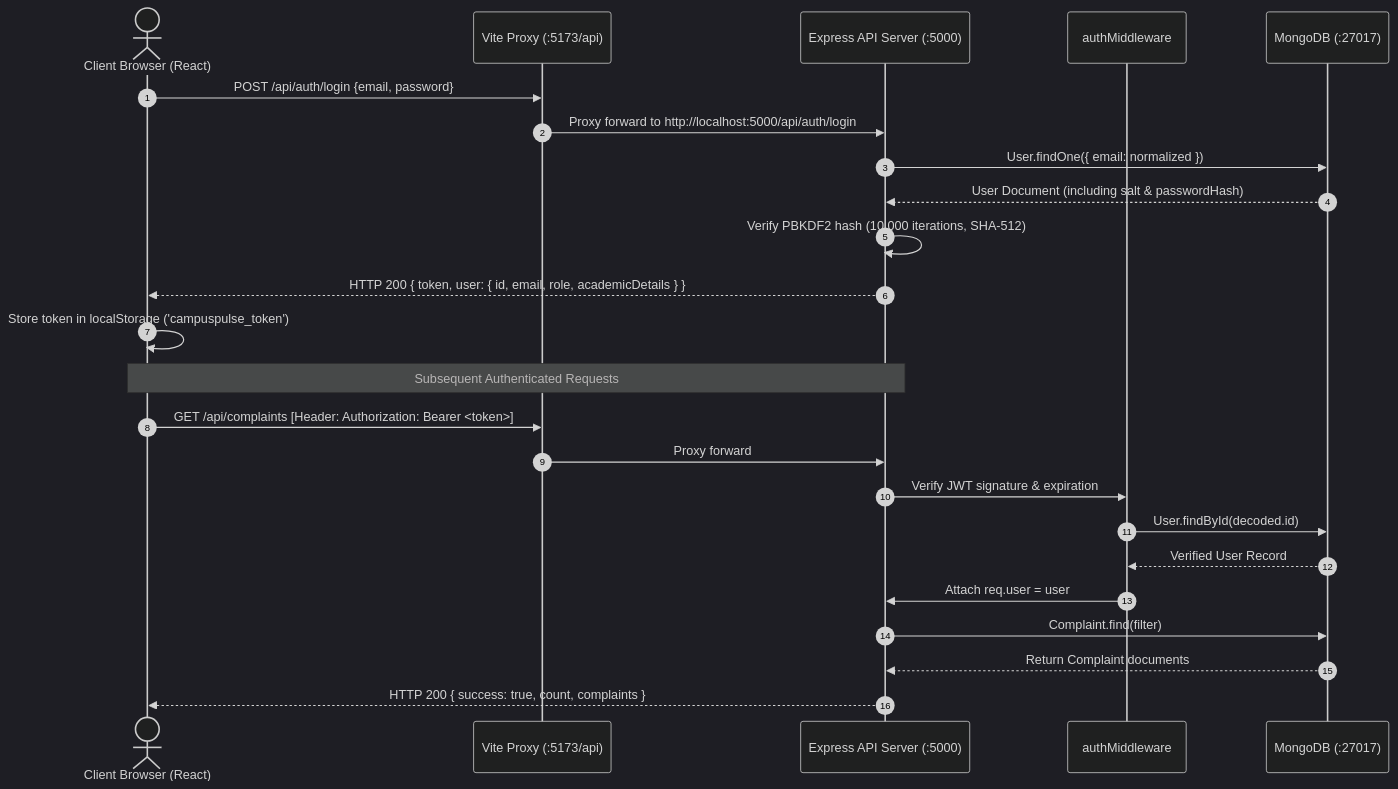
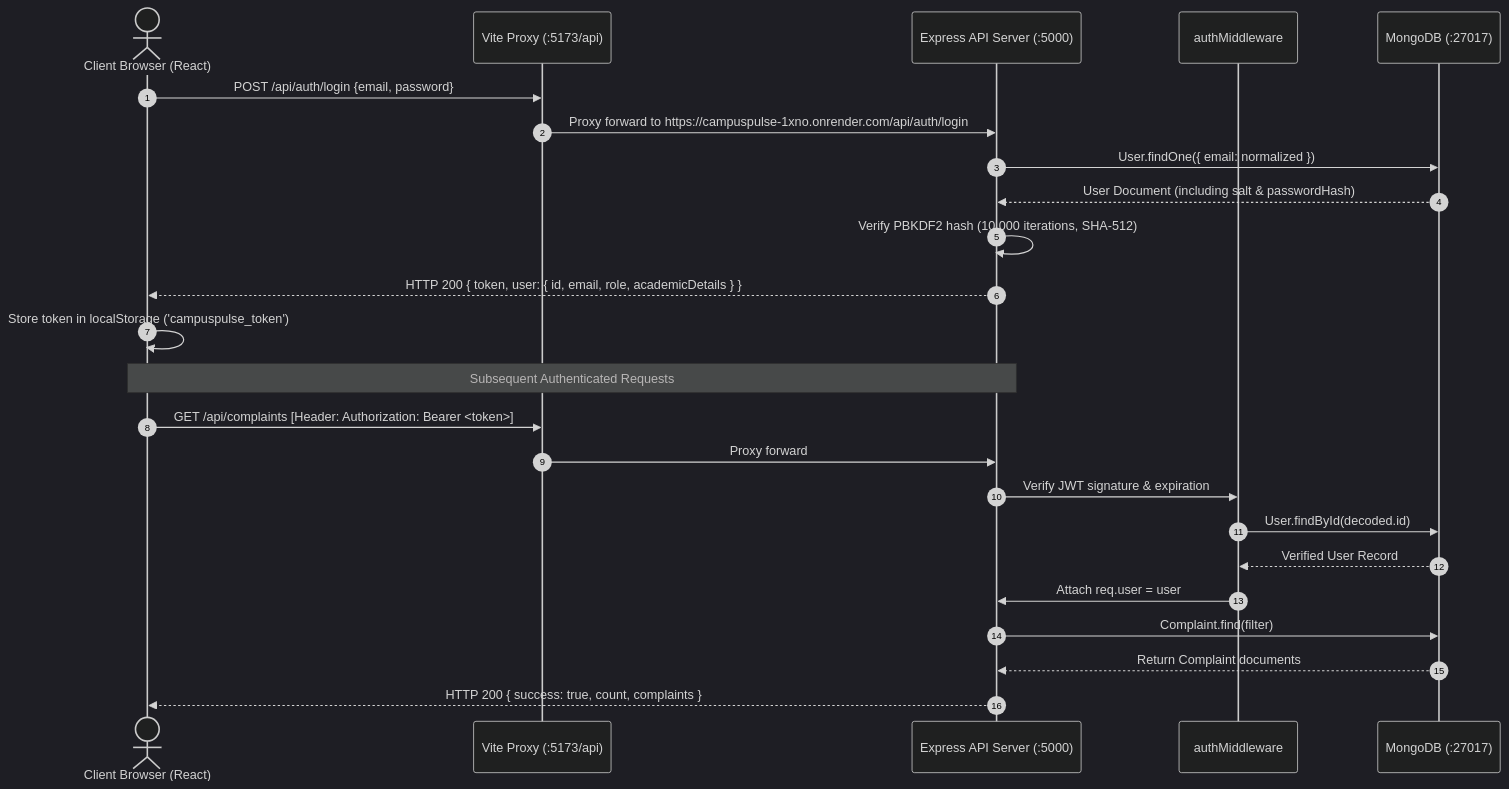
The second of 2 diagrams in docs/ARCHITECTURE.md (bhargavx23/CampusPulse), drawn with Mermaid (dark theme) before and after one commit. The commit also changed other lines of this file and 6 other files, not shown here.

````diff
--- a/docs/ARCHITECTURE.md
+++ b/docs/ARCHITECTURE.md
@@ -164,28 +169,28 @@
 ```mermaid
 sequenceDiagram
     autonumber
     actor User as Client Browser (React)
     participant Proxy as Vite Proxy (:5173/api)
     participant API as Express API Server (:5000)
     participant Auth as authMiddleware
     participant DB as MongoDB (:27017)
 
     User->>Proxy: POST /api/auth/login {email, password}
-    Proxy->>API: Proxy forward to http://localhost:5000/api/auth/login
+    Proxy->>API: Proxy forward to https://campuspulse-1xno.onrender.com/api/auth/login
     API->>DB: User.findOne({ email: normalized })
     DB-->>API: User Document (including salt & passwordHash)
     API->>API: Verify PBKDF2 hash (10,000 iterations, SHA-512)
     API-->>User: HTTP 200 { token, user: { id, email, role, academicDetails } }
     User->>User: Store token in localStorage ('campuspulse_token')
 
     Note over User,API: Subsequent Authenticated Requests
     User->>Proxy: GET /api/complaints [Header: Authorization: Bearer <token>]
     Proxy->>API: Proxy forward
     API->>Auth: Verify JWT signature & expiration
     Auth->>DB: User.findById(decoded.id)
     DB-->>Auth: Verified User Record
     Auth->>API: Attach req.user = user
     API->>DB: Complaint.find(filter)
     DB-->>API: Return Complaint documents
     API-->>User: HTTP 200 { success: true, count, complaints }
 ```
````
